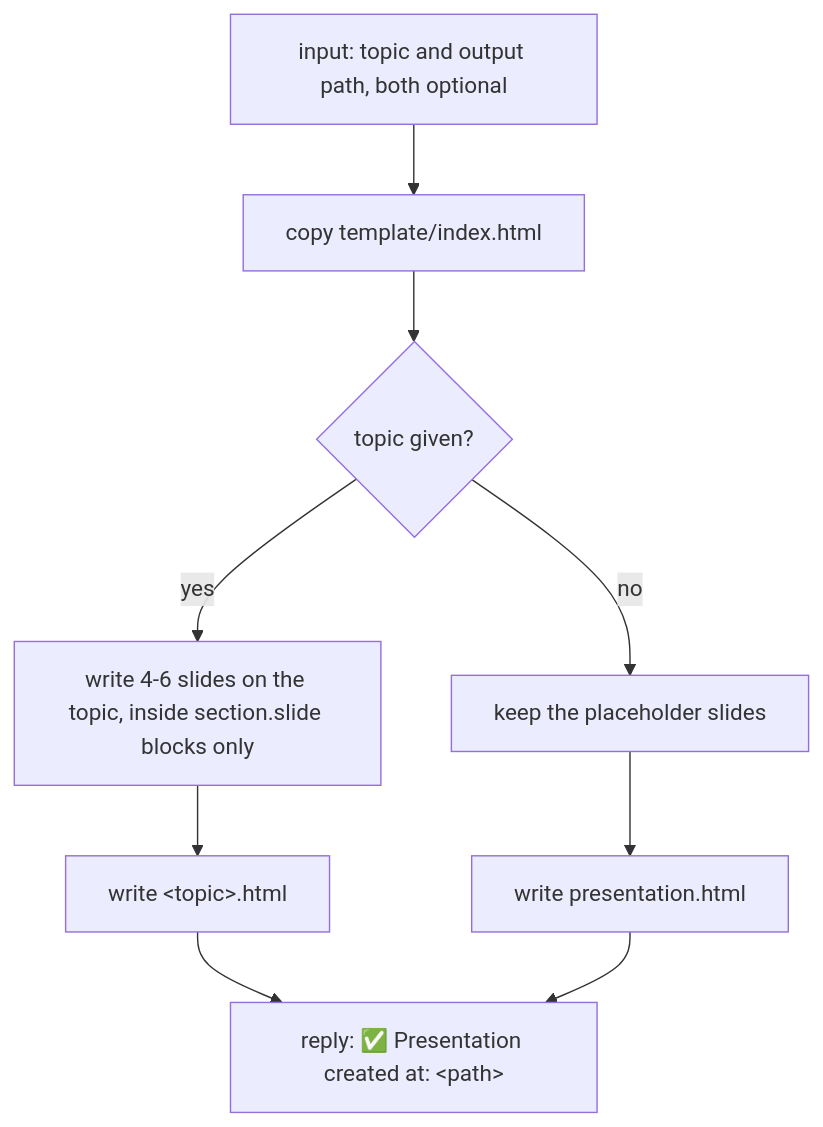
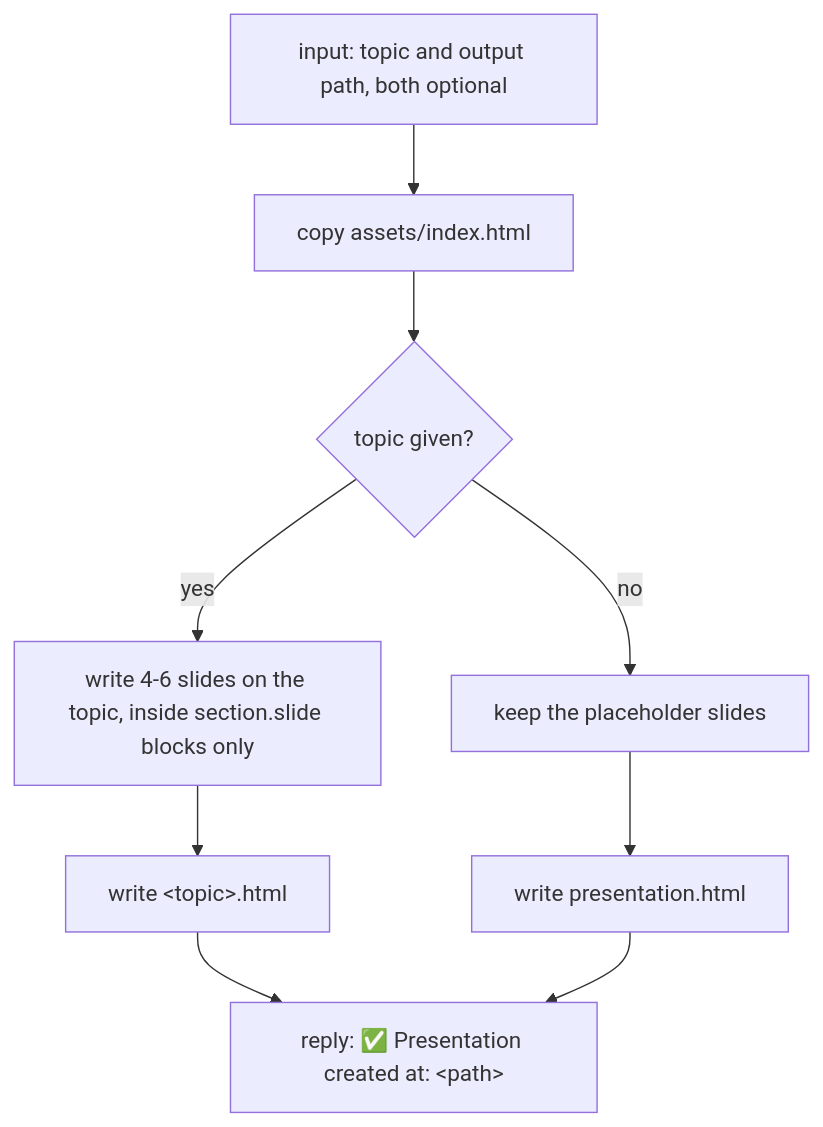
The first of 2 diagrams in plugins/naphatwx-tools/skills/html-presentation/README.md (naphatwx/naphatwx-tools), drawn with Mermaid before and after one commit. The commit also changed other lines of this file and 114 other files, not shown here.

````diff
--- a/plugins/naphatwx-tools/skills/html-presentation/README.md
+++ b/plugins/naphatwx-tools/skills/html-presentation/README.md
@@ -22,11 +22,11 @@
 ```mermaid
 graph TD
-    IN["input: topic and output path, both optional"] --> COPY[copy template/index.html]
+    IN["input: topic and output path, both optional"] --> COPY[copy assets/index.html]
     COPY --> FILL{topic given?}
     FILL -->|yes| W["write 4-6 slides on the topic, inside section.slide blocks only"]
     FILL -->|no| KEEP[keep the placeholder slides]
     W --> OUT["write #lt;topic#gt;.html"]
     KEEP --> OUT2[write presentation.html]
     OUT --> MSG["reply: ✅ Presentation created at: #lt;path#gt;"]
     OUT2 --> MSG
 ```
````
